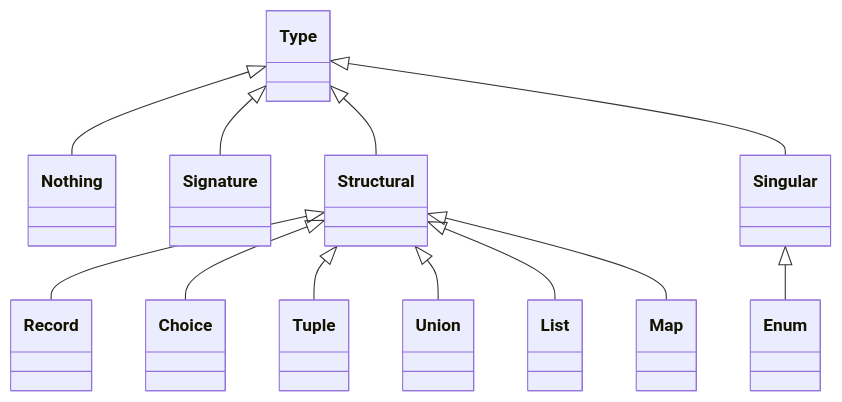
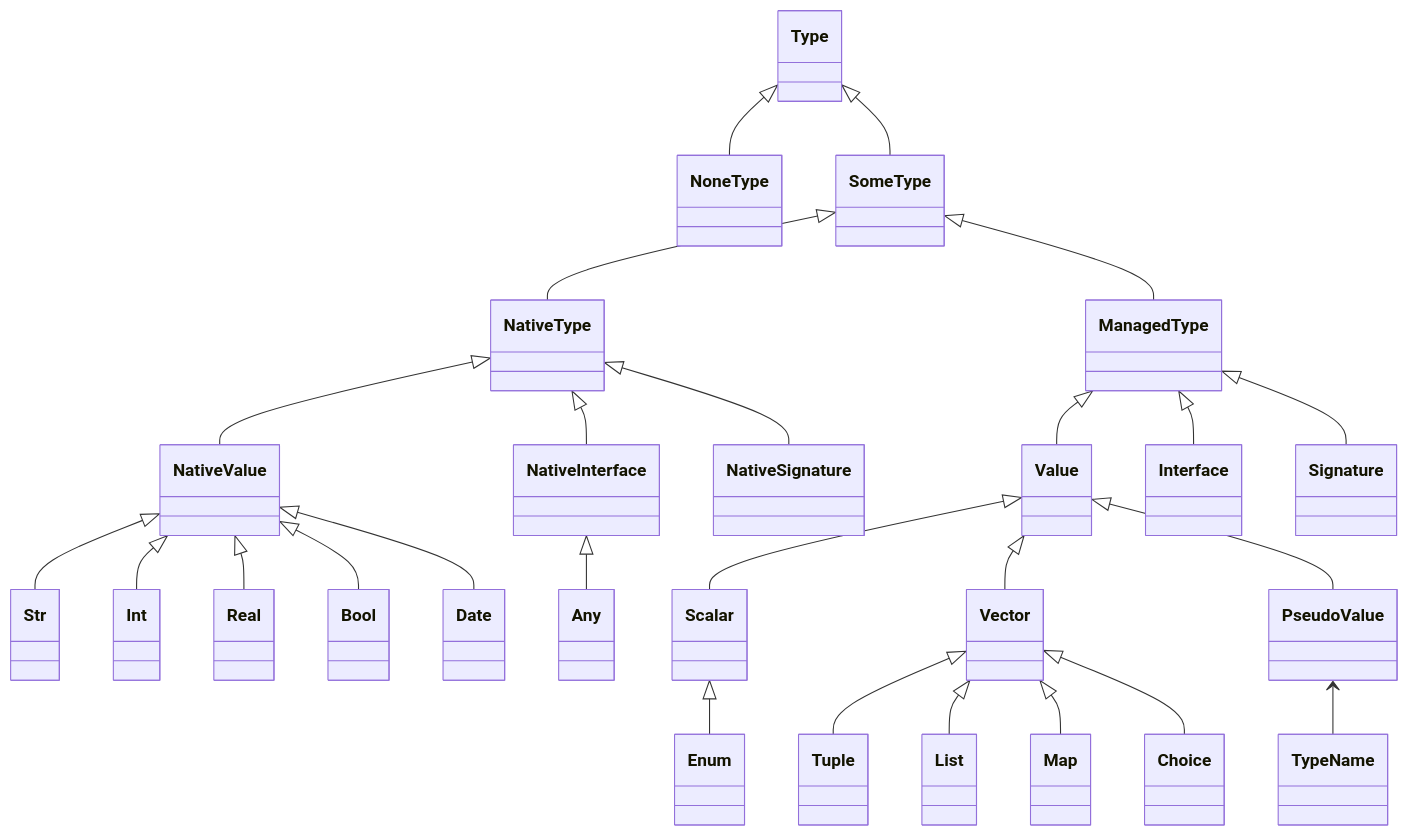
Before and after one commit to dmitrysharkov/hexa-ruby: the diagram in README.md, drawn with Mermaid. The commit also changed other lines of this file and 28 other files, not shown here.

````diff
--- a/README.md
+++ b/README.md
@@ -11,14 +11,28 @@
 ```mermaid
 classDiagram
-      Type <|-- Nothing 
-      Type <|-- Signature
-      Type <|-- Structural
-      Structural <|-- Record
-      Structural <|-- Choice 
-      Structural <|-- Tuple
-      Structural <|-- Union
-      Structural <|-- List
-      Structural <|-- Map
-      Type <|-- Singular
-      Singular <|-- Enum
+      Type <|-- NoneType 
+      Type <|-- SomeType
+      SomeType <|-- NativeType
+      SomeType <|-- ManagedType
+      NativeType <|-- NativeValue 
+      NativeType <|-- NativeInterface
+      NativeType <|-- NativeSignature
+      ManagedType <|-- Value
+      ManagedType <|-- Interface
+      ManagedType <|-- Signature  
+      NativeValue <|-- Str
+      NativeValue <|-- Int
+      NativeValue <|-- Real
+      NativeValue <|-- Bool
+      NativeValue <|-- Date
+      NativeInterface <|-- Any
+      Value <|-- Scalar
+      Value <|-- Vector 
+      Value <|-- PseudoValue       
+      Scalar <|-- Enum
+      Vector <|-- Tuple
+      Vector <|-- List
+      Vector <|-- Map
+      Vector <|-- Choice
+      PseudoValue <-- TypeName
 ```
````
